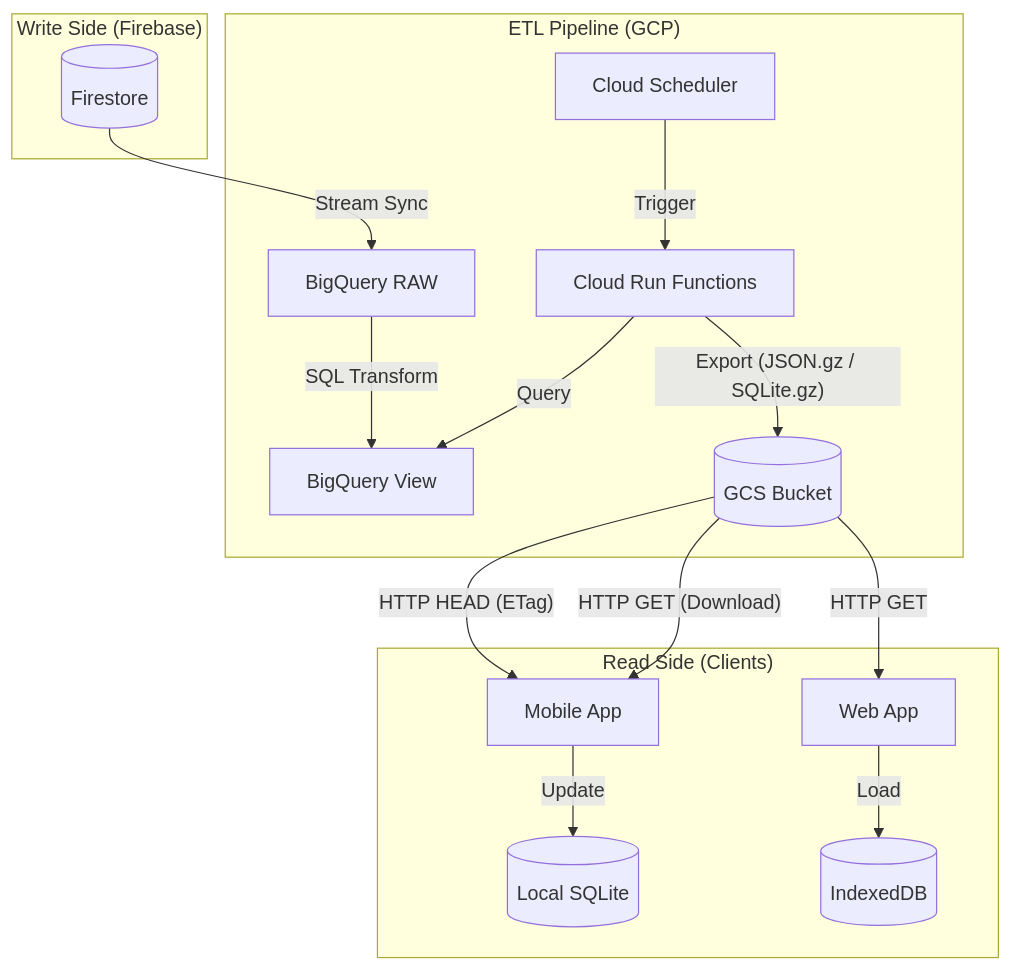
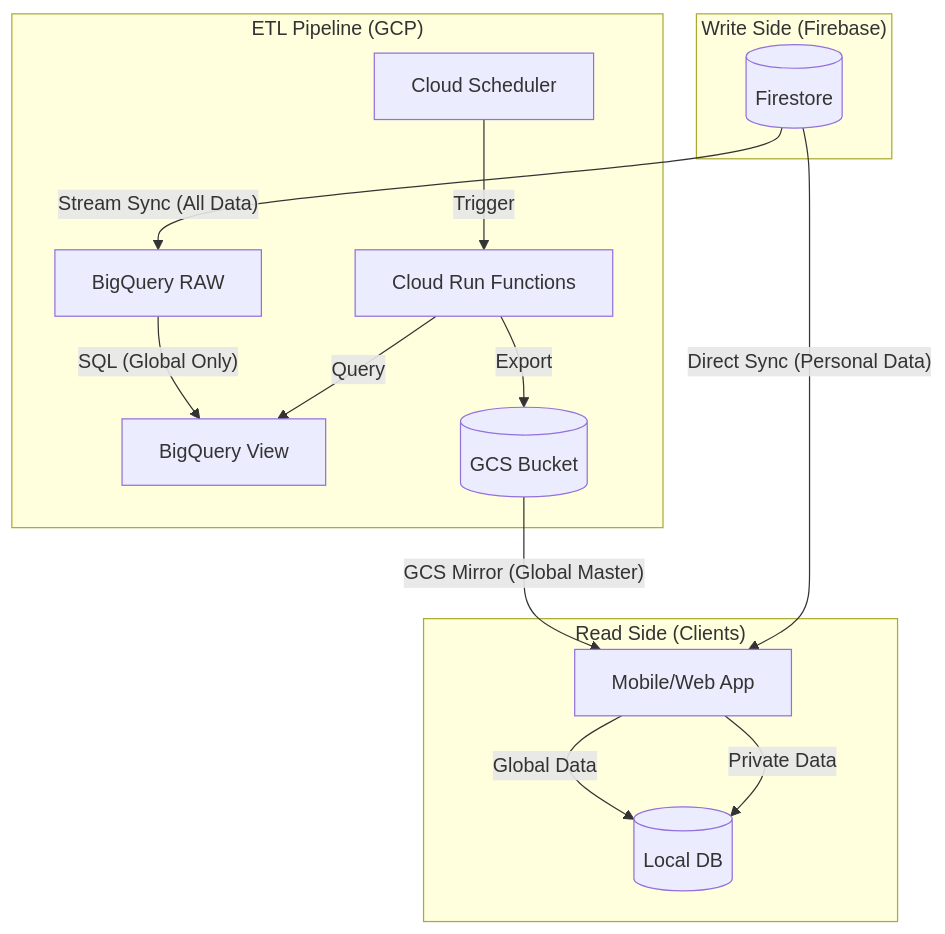
The diagram in .agent/issue-116/01_infrastructure_pipeline.md (cloud-solutions-ttakeuchi/wedive), drawn with Mermaid before and after one commit. The commit also changed other lines of this file and 2 other files, not shown here.

Commit message:
設計レビュー

````diff
--- a/.agent/issue-116/01_infrastructure_pipeline.md
+++ b/.agent/issue-116/01_infrastructure_pipeline.md
@@ -8,27 +8,26 @@
 ```mermaid
 graph TD
     %% Source
     subgraph "Write Side (Firebase)"
         FS[(Firestore)]
     end
 
     %% ETL Pipeline
     subgraph "ETL Pipeline (GCP)"
-        FS -- "Stream Sync" --> BQ[BigQuery RAW]
-        BQ -- "SQL Transform" --> BQV[BigQuery View]
+        FS -- "Stream Sync (All Data)" --> BQ[BigQuery RAW]
+        BQ -- "SQL (Global Only)" --> BQV[BigQuery View]
         
         CS[Cloud Scheduler] -- "Trigger" --> CF[Cloud Run Functions]
         CF -- "Query" --> BQV
-        CF -- "Export (JSON.gz / SQLite.gz)" --> GCS[(GCS Bucket)]
+        CF -- "Export" --> GCS[(GCS Bucket)]
     end
 
     %% Client Side
     subgraph "Read Side (Clients)"
-        GCS -- "HTTP HEAD (ETag)" --> App[Mobile App]
-        GCS -- "HTTP GET (Download)" --> App
-        App -- "Update" --> SQLite[(Local SQLite)]
+        GCS -- "GCS Mirror (Global Master)" --> App
+        FS -- "Direct Sync (Personal Data)" --> App[Mobile/Web App]
         
-        GCS -- "HTTP GET" --> Web[Web App]
-        Web -- "Load" --> IDB[(IndexedDB)]
+        App -- "Global Data" --> SQLite[(Local DB)]
+        App -- "Private Data" --> SQLite
     end
 ```
````
